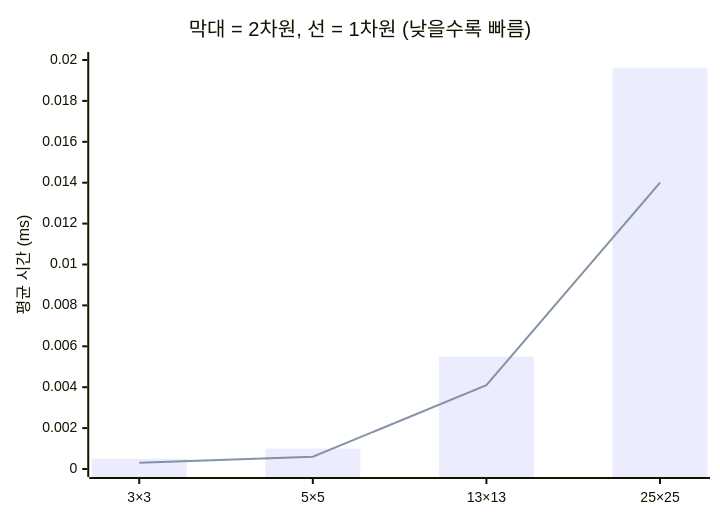
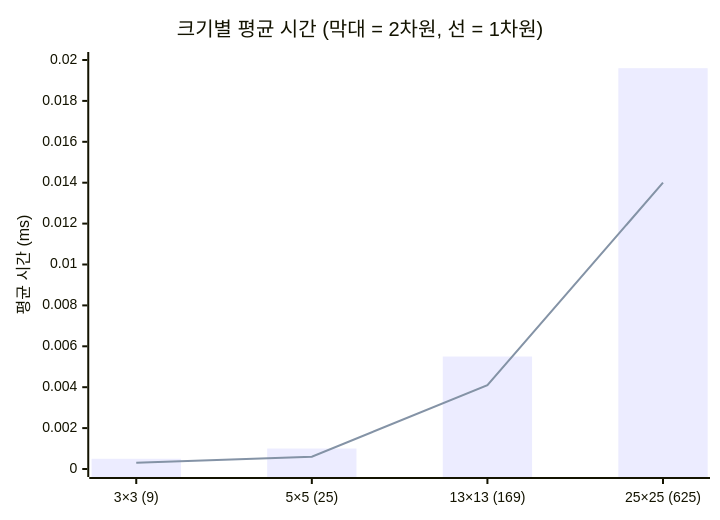
The second of 3 diagrams in README.md (contest-p/What_is_MAC), drawn with Mermaid before and after one commit. The commit also changed other lines of this file, not shown here.

````diff
--- a/README.md
+++ b/README.md
@@ -283,8 +175,8 @@
 ```mermaid
 xychart-beta
-    title "막대 = 2차원, 선 = 1차원 (낮을수록 빠름)"
-    x-axis ["3×3", "5×5", "13×13", "25×25"]
+    title "크기별 평균 시간 (막대 = 2차원, 선 = 1차원)"
+    x-axis ["3×3 (9)", "5×5 (25)", "13×13 (169)", "25×25 (625)"]
     y-axis "평균 시간 (ms)" 0 --> 0.02
     bar [0.0005, 0.0010, 0.0055, 0.0196]
     line [0.0003, 0.0006, 0.0041, 0.0140]
 ```
````
